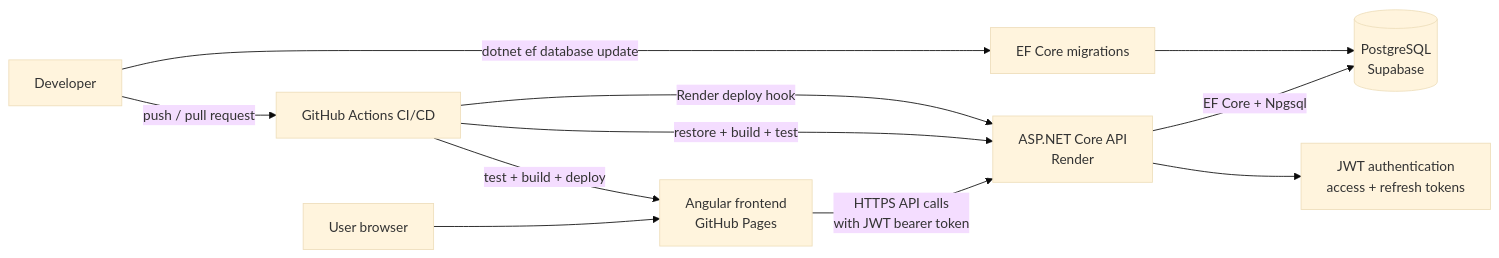
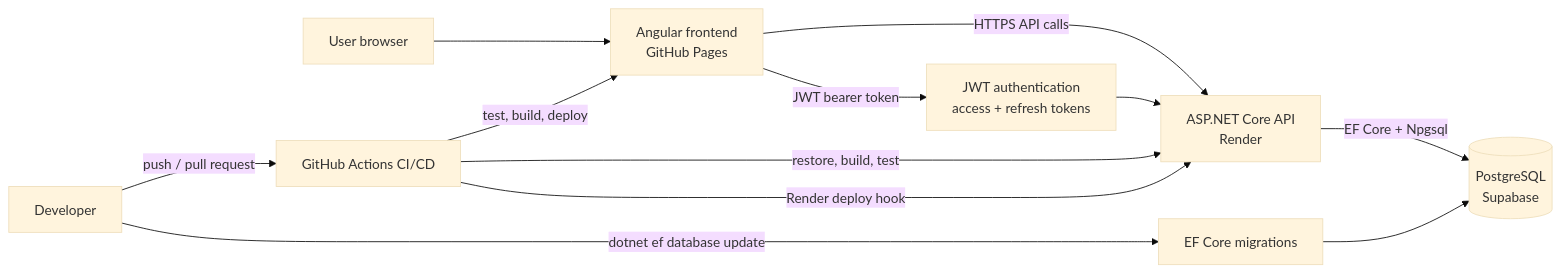
The diagram in README.md (nicolasfrechette91/LevelHabit), drawn with Mermaid (base theme) before and after one commit. The commit also changed other lines of this file and 2 other files, not shown here.

````diff
--- a/README.md
+++ b/README.md
@@ -63,15 +65,16 @@
 ```mermaid
 flowchart LR
   Browser["User browser"] --> Frontend["Angular frontend\nGitHub Pages"]
-  Frontend -->|"HTTPS API calls\nwith JWT bearer token"| Api["ASP.NET Core API\nRender"]
+  Frontend -->|"HTTPS API calls"| Api["ASP.NET Core API\nRender"]
+  Frontend -->|"JWT bearer token"| Jwt["JWT authentication\naccess + refresh tokens"]
+  Jwt --> Api
   Api -->|"EF Core + Npgsql"| Database[("PostgreSQL\nSupabase")]
-  Api --> Auth["JWT authentication\naccess + refresh tokens"]
 
   Developer["Developer"] -->|"push / pull request"| Actions["GitHub Actions CI/CD"]
-  Actions -->|"test + build + deploy"| Frontend
-  Actions -->|"restore + build + test"| Api
+  Actions -->|"restore, build, test"| Api
+  Actions -->|"test, build, deploy"| Frontend
   Actions -->|"Render deploy hook"| Api
 
   Developer -->|"dotnet ef database update"| Migrations["EF Core migrations"]
   Migrations --> Database
 ```
````
